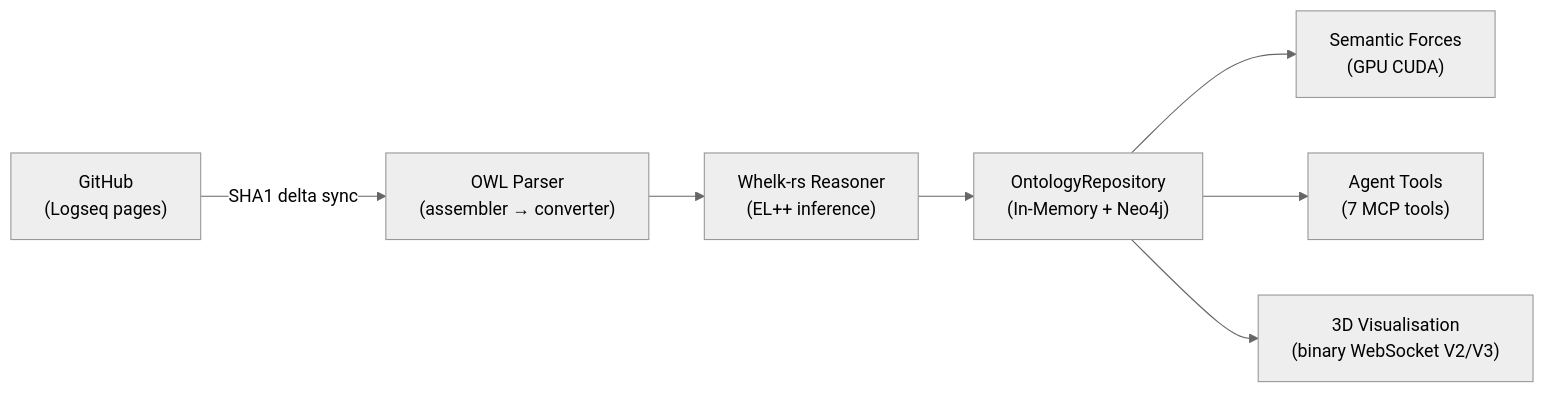
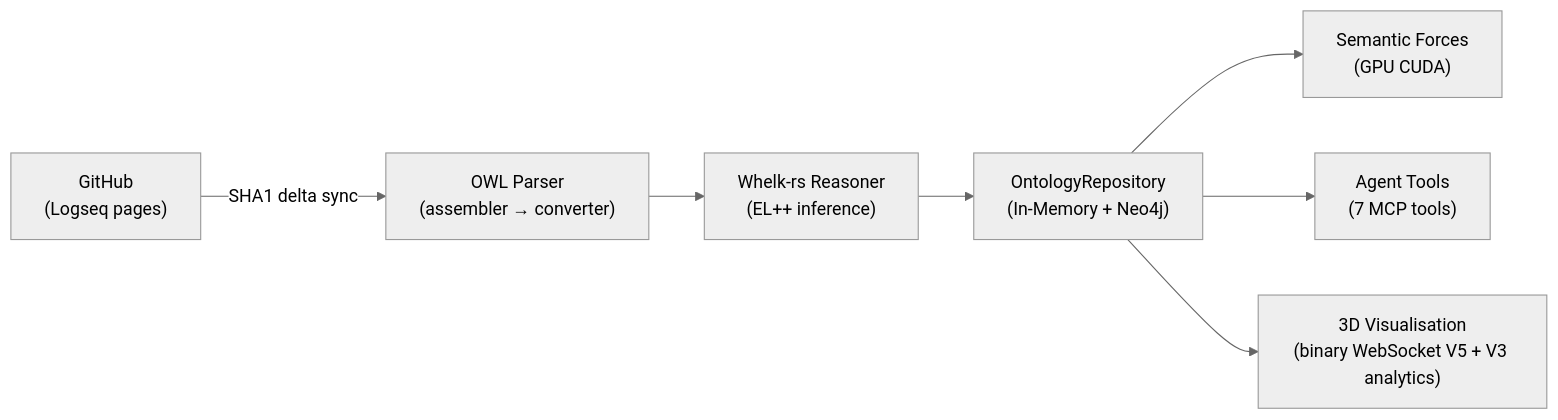
The first of 2 diagrams in README.md (shaneholloman/logseq-spring-thing), drawn with Mermaid (neutral theme) before and after one commit. The commit also changed other lines of this file and 15 other files, not shown here.

````diff
--- a/README.md
+++ b/README.md
@@ -257,9 +234,9 @@
 ```mermaid
 flowchart LR
     GH["GitHub\n(Logseq pages)"] -->|SHA1 delta sync| Parser["OWL Parser\n(assembler → converter)"]
     Parser --> Whelk["Whelk-rs Reasoner\n(EL++ inference)"]
     Whelk --> Store["OntologyRepository\n(In-Memory + Neo4j)"]
     Store --> Physics["Semantic Forces\n(GPU CUDA)"]
     Store --> Agents["Agent Tools\n(7 MCP tools)"]
-    Store --> Client["3D Visualisation\n(binary WebSocket V2/V3)"]
+    Store --> Client["3D Visualisation\n(binary WebSocket V5 + V3 analytics)"]
 ```
````
